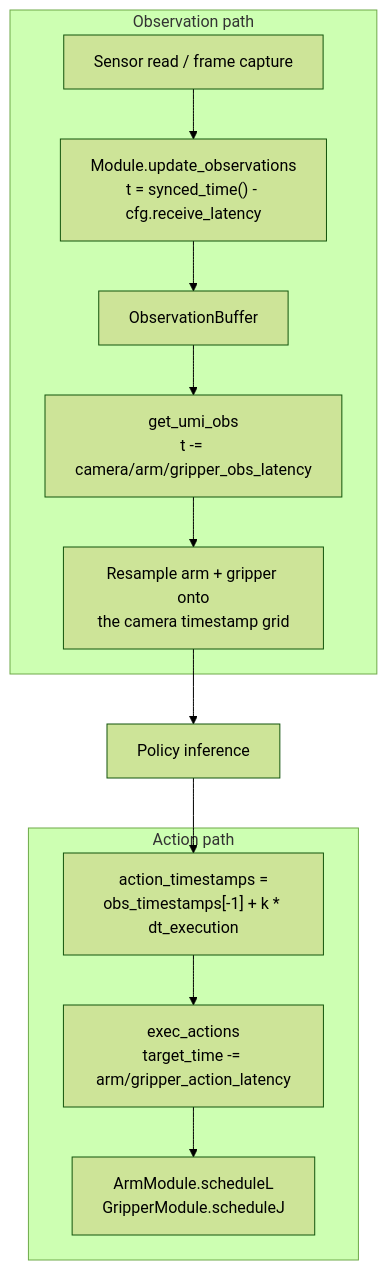
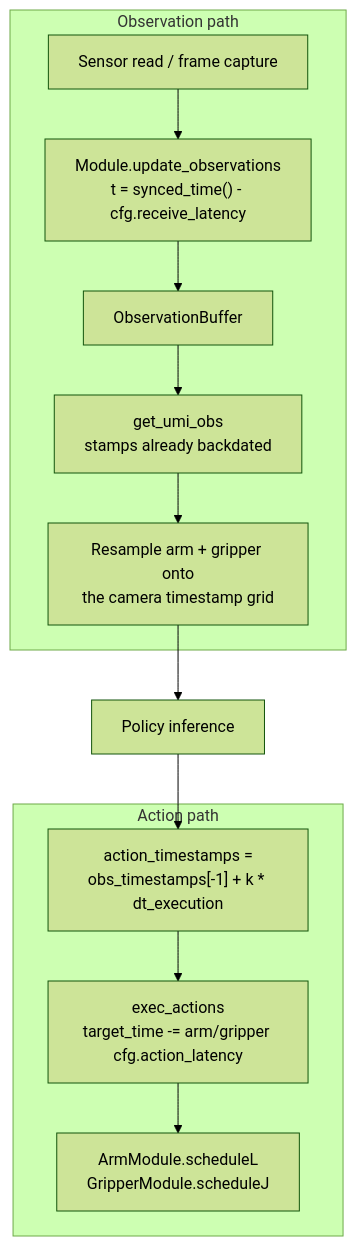
Before and after one commit to solarian-dev/solarian: the diagram in docs/latency/page.mdx, drawn with Mermaid (forest theme). The commit also changed other lines of this file and 31 other files, not shown here.

````diff
--- a/docs/latency/page.mdx
+++ b/docs/latency/page.mdx
@@ -68,15 +66,15 @@
 ```mermaid
 flowchart TD
     subgraph obs [Observation path]
         cap["Sensor read / frame capture"] --> stamp["Module.update_observations<br/>t = synced_time() - cfg.receive_latency"]
         stamp --> buf["ObservationBuffer"]
-        buf --> skill["get_umi_obs<br/>t -= camera/arm/gripper_obs_latency"]
+        buf --> skill["get_umi_obs<br/>stamps already backdated"]
         skill --> align["Resample arm + gripper onto<br/>the camera timestamp grid"]
     end
     align --> infer["Policy inference"]
     infer --> chunk["action_timestamps =<br/>obs_timestamps[-1] + k * dt_execution"]
     subgraph act [Action path]
-        chunk --> comp["exec_actions<br/>target_time -= arm/gripper_action_latency"]
+        chunk --> comp["exec_actions<br/>target_time -= arm/gripper cfg.action_latency"]
         comp --> sched["ArmModule.scheduleL<br/>GripperModule.scheduleJ"]
     end
 ```
````
